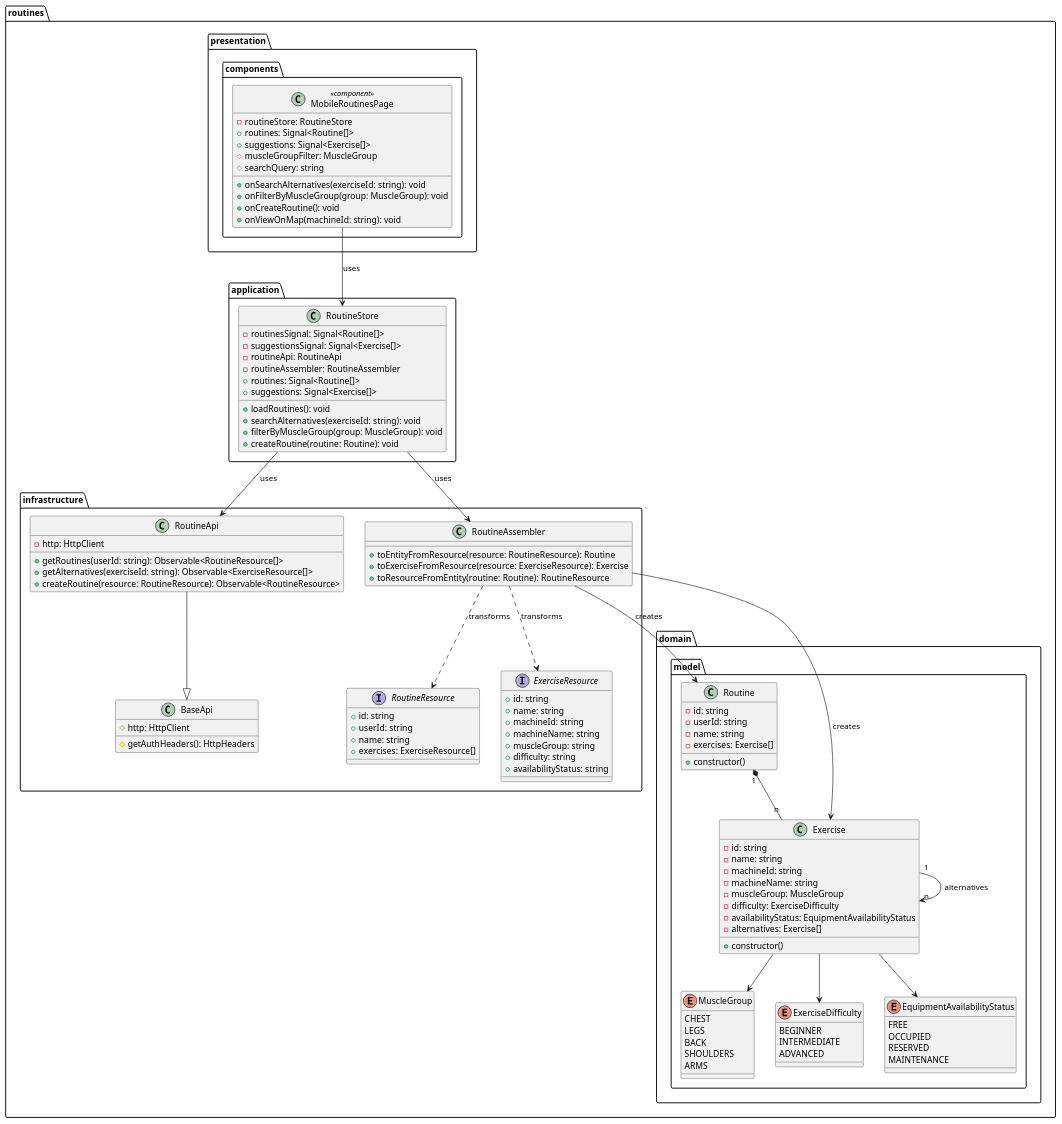
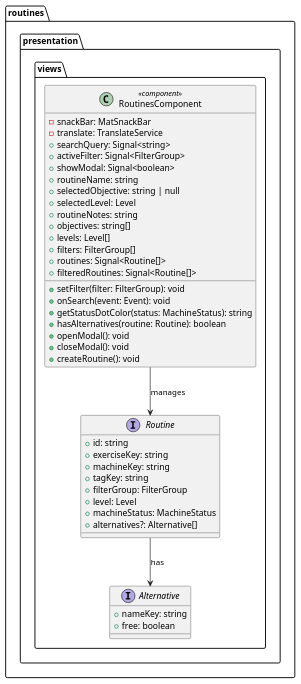
One commit to SpotTrack-1ASI0729-2610-11881/spottrack-report changed the diagram in docs/class-diagrams-frontend/class-diagram-routines.puml. Above: the diagram before and after it, drawn with PlantUML. The commit also changed 13 other files, not shown here.

Commit message:
docs: update class diagrams frontend

```diff
--- a/docs/class-diagrams-frontend/class-diagram-routines.puml
+++ b/docs/class-diagrams-frontend/class-diagram-routines.puml
@@ -1,118 +1,48 @@
 @startuml BC-07_Routines
 
-package "routines.domain.model" {
-  class Routine {
-    - id: string
-    - userId: string
-    - name: string
-    - exercises: Exercise[]
-    + constructor()
+package "routines.presentation.views" {
+  interface Alternative {
+    + nameKey: string
+    + free: boolean
   }
-  class Exercise {
-    - id: string
-    - name: string
-    - machineId: string
-    - machineName: string
-    - muscleGroup: MuscleGroup
-    - difficulty: ExerciseDifficulty
-    - availabilityStatus: EquipmentAvailabilityStatus
-    - alternatives: Exercise[]
-    + constructor()
+
+  interface Routine {
+    + id: string
+    + exerciseKey: string
+    + machineKey: string
+    + tagKey: string
+    + filterGroup: FilterGroup
+    + level: Level
+    + machineStatus: MachineStatus
+    + alternatives?: Alternative[]
   }
-  enum MuscleGroup {
-    CHEST
-    LEGS
-    BACK
-    SHOULDERS
-    ARMS
-  }
-  enum ExerciseDifficulty {
-    BEGINNER
-    INTERMEDIATE
-    ADVANCED
-  }
-  enum EquipmentAvailabilityStatus {
-    FREE
-    OCCUPIED
-    RESERVED
-    MAINTENANCE
+
+  class RoutinesComponent <<component>> {
+    - snackBar: MatSnackBar
+    - translate: TranslateService
+    + searchQuery: Signal<string>
+    + activeFilter: Signal<FilterGroup>
+    + showModal: Signal<boolean>
+    + routineName: string
+    + selectedObjective: string | null
+    + selectedLevel: Level
+    + routineNotes: string
+    + objectives: string[]
+    + levels: Level[]
+    + filters: FilterGroup[]
+    + routines: Signal<Routine[]>
+    + filteredRoutines: Signal<Routine[]>
+    + setFilter(filter: FilterGroup): void
+    + onSearch(event: Event): void
+    + getStatusDotColor(status: MachineStatus): string
+    + hasAlternatives(routine: Routine): boolean
+    + openModal(): void
+    + closeModal(): void
+    + createRoutine(): void
   }
 }
 
-package "routines.application" {
-  class RoutineStore {
-    - routinesSignal: Signal<Routine[]>
-    - suggestionsSignal: Signal<Exercise[]>
-    - routineApi: RoutineApi
-    - routineAssembler: RoutineAssembler
-    + routines: Signal<Routine[]>
-    + suggestions: Signal<Exercise[]>
-    + loadRoutines(): void
-    + searchAlternatives(exerciseId: string): void
-    + filterByMuscleGroup(group: MuscleGroup): void
-    + createRoutine(routine: Routine): void
-  }
-}
-
-package "routines.infrastructure" {
-  class RoutineApi {
-    - http: HttpClient
-    + getRoutines(userId: string): Observable<RoutineResource[]>
-    + getAlternatives(exerciseId: string): Observable<ExerciseResource[]>
-    + createRoutine(resource: RoutineResource): Observable<RoutineResource>
-  }
-  interface ExerciseResource {
-    + id: string
-    + name: string
-    + machineId: string
-    + machineName: string
-    + muscleGroup: string
-    + difficulty: string
-    + availabilityStatus: string
-  }
-  interface RoutineResource {
-    + id: string
-    + userId: string
-    + name: string
-    + exercises: ExerciseResource[]
-  }
-  class RoutineAssembler {
-    + toEntityFromResource(resource: RoutineResource): Routine
-    + toExerciseFromResource(resource: ExerciseResource): Exercise
-    + toResourceFromEntity(routine: Routine): RoutineResource
-  }
-  class BaseApi {
-    # http: HttpClient
-    # getAuthHeaders(): HttpHeaders
-  }
-}
-
-package "routines.presentation.components" {
-  class MobileRoutinesPage <<component>> {
-    - routineStore: RoutineStore
-    + routines: Signal<Routine[]>
-    + suggestions: Signal<Exercise[]>
-    # muscleGroupFilter: MuscleGroup
-    # searchQuery: string
-    + onSearchAlternatives(exerciseId: string): void
-    + onFilterByMuscleGroup(group: MuscleGroup): void
-    + onCreateRoutine(): void
-    + onViewOnMap(machineId: string): void
-  }
-}
-
-RoutineApi --|> BaseApi
-RoutineStore --> RoutineApi : uses
-RoutineStore --> RoutineAssembler : uses
-RoutineAssembler ..> RoutineResource : transforms
-RoutineAssembler ..> ExerciseResource : transforms
-RoutineAssembler --> Routine : creates
-RoutineAssembler --> Exercise : creates
-MobileRoutinesPage --> RoutineStore : uses
-Routine "1" *-- "n" Exercise
-Exercise "1" --> "n" Exercise : alternatives
-Exercise --> MuscleGroup
-Exercise --> ExerciseDifficulty
-Exercise --> EquipmentAvailabilityStatus
+RoutinesComponent --> Routine : manages
+Routine --> Alternative : has
 
 @enduml
```
